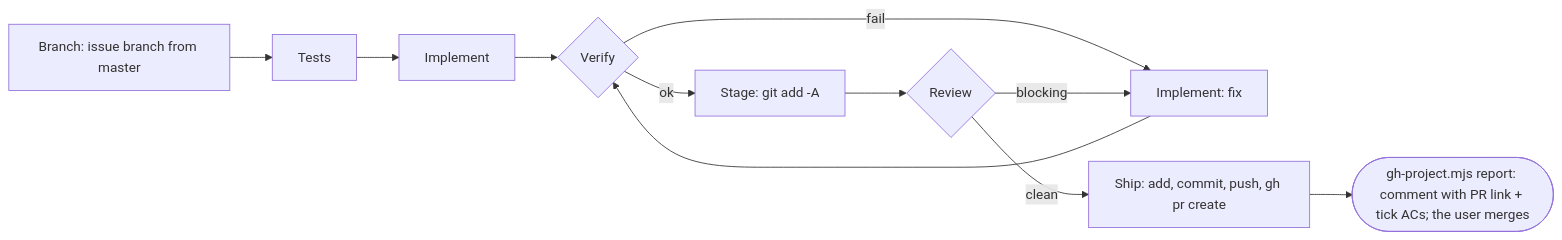
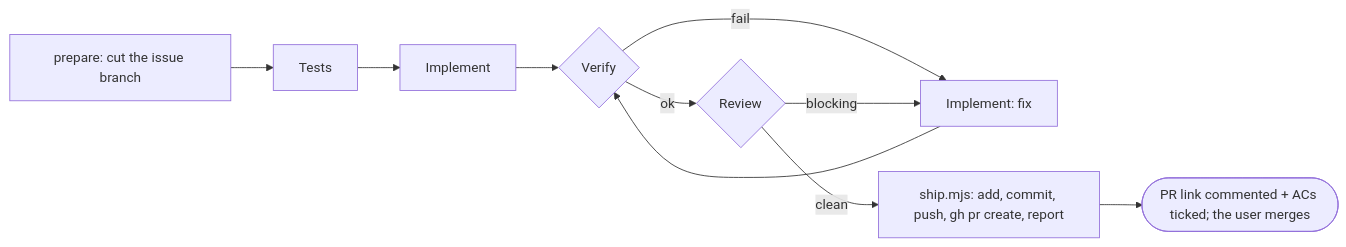
One commit to Maliniak93/FinMel changed the diagram in skarbiec-plan/workflow.md. Above: the diagram before and after it, drawn with Mermaid. The commit also changed other lines of this file and 20 other files, not shown here.

Commit message:
haiku 55 flow (#216)

````diff
--- a/skarbiec-plan/workflow.md
+++ b/skarbiec-plan/workflow.md
@@ -36,11 +36,10 @@
 ```mermaid
 flowchart LR
-    B[Branch: issue branch from master] --> T[Tests]
+    B[prepare: cut the issue branch] --> T[Tests]
     T --> I[Implement] --> V{Verify}
     V -- fail --> IF[Implement: fix] --> V
-    V -- ok --> C[Stage: git add -A]
-    C --> R{Review}
+    V -- ok --> R{Review}
     R -- blocking --> IF
-    R -- clean --> S[Ship: add, commit, push, gh pr create]
-    S --> Done([gh-project.mjs report: comment with PR link + tick ACs; the user merges])
+    R -- clean --> S[ship.mjs: add, commit, push, gh pr create, report]
+    S --> Done([PR link commented + ACs ticked; the user merges])
 ```
````
